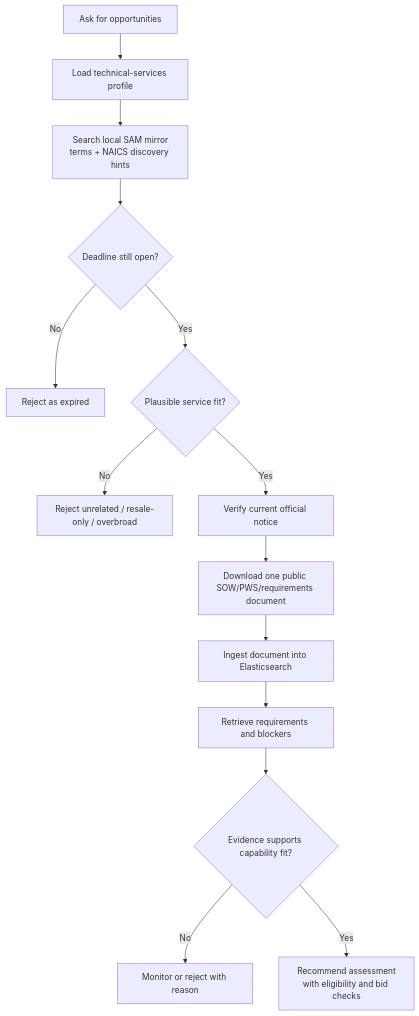
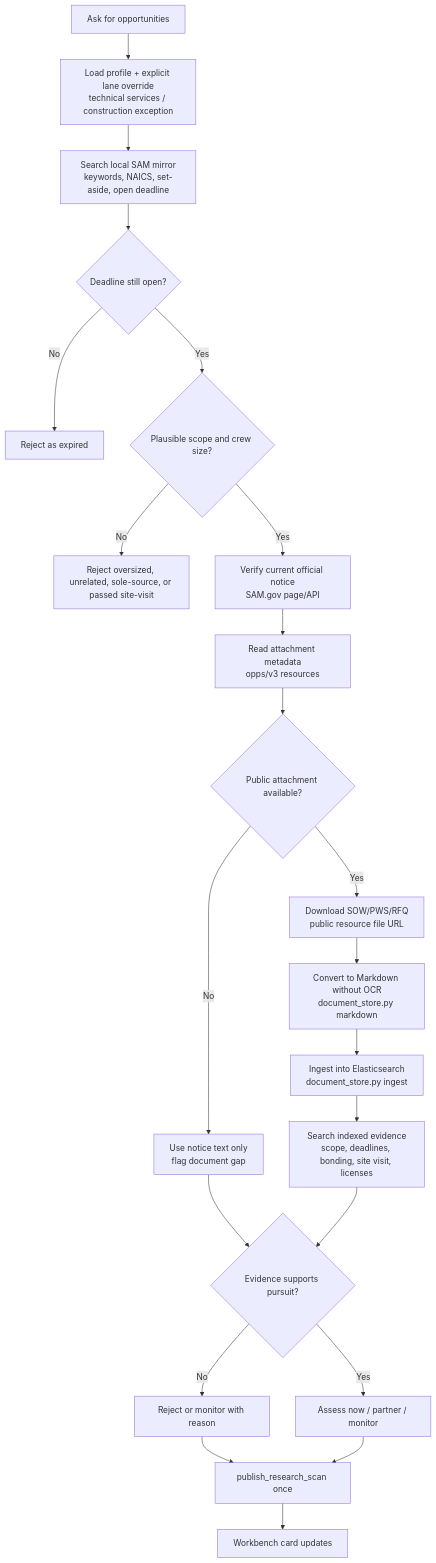
One commit to TheGerberBaby/SW_Sam.gov_Auto_Searcher changed the second of 3 diagrams in docs/ARCHITECTURE.md. Above: the diagram before and after it, drawn with Mermaid. The commit also changed other lines of this file and 8 other files, not shown here.

Commit message:
add public attachment markdown workflow

````diff
--- a/docs/ARCHITECTURE.md
+++ b/docs/ARCHITECTURE.md
@@ -35,16 +41,24 @@
 ```mermaid
 flowchart TD
-    A["Ask for opportunities"] --> B["Load technical-services profile"]
-    B --> C["Search local SAM mirror<br/>terms + NAICS discovery hints"]
+    A["Ask for opportunities"] --> B["Load profile + explicit lane override<br/>technical services / construction exception"]
+    B --> C["Search local SAM mirror<br/>keywords, NAICS, set-aside, open deadline"]
     C --> D{"Deadline still open?"}
     D -->|No| X["Reject as expired"]
-    D -->|Yes| E{"Plausible service fit?"}
-    E -->|No| Y["Reject unrelated / resale-only / overbroad"]
-    E -->|Yes| F["Verify current official notice"]
-    F --> G["Download one public SOW/PWS/requirements document"]
-    G --> H["Ingest document into Elasticsearch"]
-    H --> I["Retrieve requirements and blockers"]
-    I --> J{"Evidence supports capability fit?"}
-    J -->|No| Z["Monitor or reject with reason"]
-    J -->|Yes| K["Recommend assessment<br/>with eligibility and bid checks"]
+    D -->|Yes| E{"Plausible scope and crew size?"}
+    E -->|No| Y["Reject oversized, unrelated, sole-source, or passed site-visit"]
+    E -->|Yes| F["Verify current official notice<br/>SAM.gov page/API"]
+    F --> G["Read attachment metadata<br/>opps/v3 resources"]
+    G --> H{"Public attachment available?"}
+    H -->|No| I["Use notice text only<br/>flag document gap"]
+    H -->|Yes| J["Download SOW/PWS/RFQ<br/>public resource file URL"]
+    J --> K["Convert to Markdown without OCR<br/>document_store.py markdown"]
+    K --> L["Ingest into Elasticsearch<br/>document_store.py ingest"]
+    L --> M["Search indexed evidence<br/>scope, deadlines, bonding, site visit, licenses"]
+    I --> N{"Evidence supports pursuit?"}
+    M --> N
+    N -->|No| O["Reject or monitor with reason"]
+    N -->|Yes| P["Assess now / partner / monitor"]
+    O --> Q["publish_research_scan once"]
+    P --> Q
+    Q --> R["Workbench card updates"]
 ```
````
